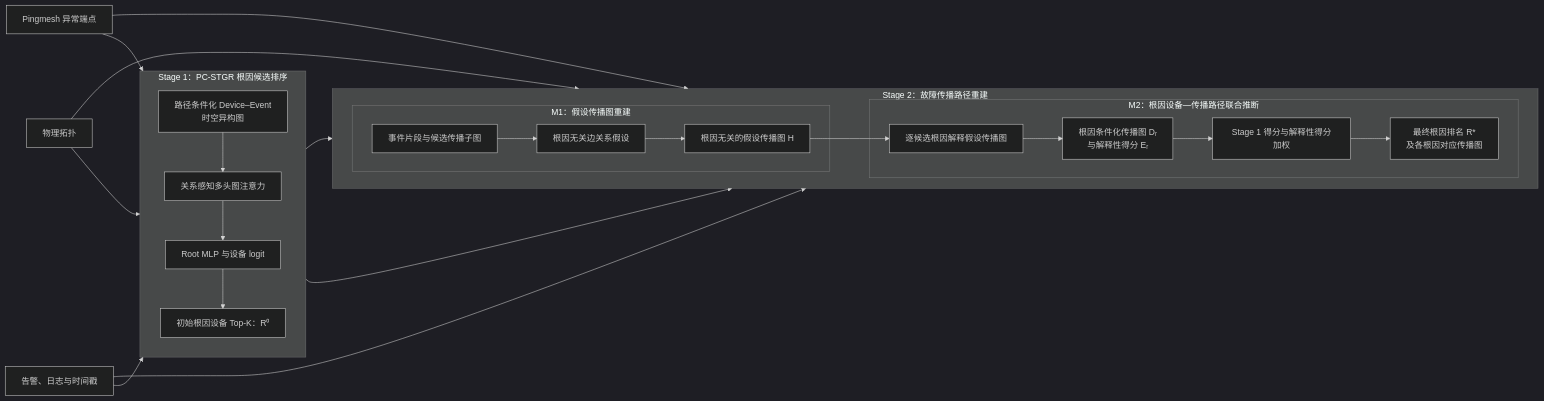
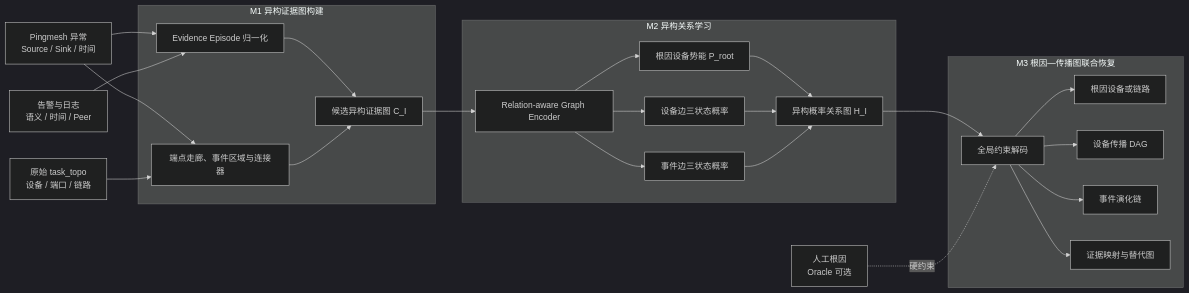
The diagram in docs/论文方案.md (juranyouren/pingmesh-rca), drawn with Mermaid (dark theme) before and after one commit. The commit also changed other lines of this file and 21 other files, not shown here.

````diff
--- a/docs/论文方案.md
+++ b/docs/论文方案.md
@@ -37,45 +84,50 @@
 ```mermaid
 flowchart LR
-    I1["Pingmesh 异常端点"]
-    I2["物理拓扑"]
-    I3["告警、日志与时间戳"]
+    A1["Pingmesh 异常<br/>Source / Sink / 时间"]
+    A2["原始 task_topo<br/>设备 / 端口 / 链路"]
+    A3["告警与日志<br/>语义 / 时间 / Peer"]
 
-    subgraph S1["Stage 1：PC-STGR 根因候选排序"]
-        direction TB
-        G["路径条件化 Device–Event<br/>时空异构图"]
-        E["关系感知多头图注意力"]
-        F["Root MLP 与设备 logit"]
-        R0["初始根因设备 Top-K：R⁰"]
-        G --> E --> F
-        F --> R0
+    subgraph M1["M1 异构证据图构建"]
+        B1["Evidence Episode 归一化"]
+        B2["端点走廊、事件区域与连接器"]
+        C["候选异构证据图 C_I"]
+        B1 --> C
+        B2 --> C
     end
 
-    subgraph S2["Stage 2：故障传播路径重建"]
-        direction LR
-        subgraph M1["M1：假设传播图重建"]
-            EP["事件片段与候选传播子图"]
-            RG["根因无关边关系假设"]
-            H["根因无关的假设传播图 H"]
-            EP --> RG --> H
-        end
-
-        subgraph M2["M2：根因设备—传播路径联合推断"]
-            X["逐候选根因解释假设传播图"]
-            DR["根因条件化传播图 Dᵣ<br/>与解释性得分 Eᵣ"]
-            J["Stage 1 得分与解释性得分加权"]
-            O["最终根因排名 R*<br/>及各根因对应传播图"]
-            X --> DR --> J --> O
-        end
-
-        H --> X
+    subgraph M2["M2 异构关系学习"]
+        D["Relation-aware Graph Encoder"]
+        R["根因设备势能 P_root"]
+        DD["设备边三状态概率"]
+        EE["事件边三状态概率"]
+        H["异构概率关系图 H_I"]
+        D --> R
+        D --> DD
+        D --> EE
+        R --> H
+        DD --> H
+        EE --> H
     end
 
-    I1 --> G
-    I2 --> G
-    I3 --> G
-    I1 --> EP
-    I2 --> EP
-    I3 --> EP
-    R0 --> X
-    R0 --> J
+    subgraph M3["M3 根因—传播图联合恢复"]
+        S["全局约束解码"]
+        O1["根因设备或链路"]
+        O2["设备传播 DAG"]
+        O3["事件演化链"]
+        O4["证据映射与替代图"]
+        S --> O1
+        S --> O2
+        S --> O3
+        S --> O4
+    end
+
+    OR["人工根因<br/>Oracle 可选"]
+
+    A1 --> B1
+    A1 --> B2
+    A2 --> B2
+    A3 --> B1
+    C --> D
+    H --> S
+    OR -.硬约束.-> S
 ```
````
